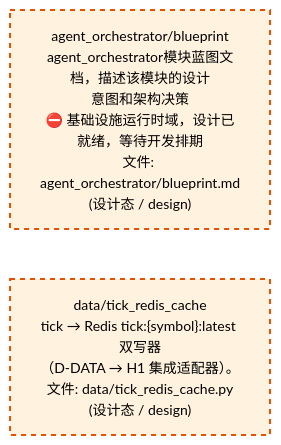
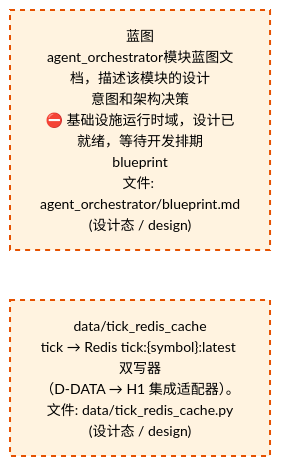
One commit to xuanFelixVan/ZephyrAlpha changed the third of 4 diagrams in docs/02_enterprise_architecture/02_domain_architecture_docs/06_d_infra_runtime.md. Above: the diagram before and after it, drawn with Mermaid. The commit also changed other lines of this file and 54 other files, not shown here.

````diff
--- a/docs/02_enterprise_architecture/02_domain_architecture_docs/06_d_infra_runtime.md
+++ b/docs/02_enterprise_architecture/02_domain_architecture_docs/06_d_infra_runtime.md
@@ -1096,12 +1096,12 @@
 ```mermaid
 %%{init: {'theme': 'base', 'themeVariables': {'primaryColor': '#eaeaea', 'primaryTextColor': '#333333', 'primaryBorderColor': '#666666', 'lineColor': '#666666', 'secondaryColor': '#eaeaea', 'tertiaryColor': '#eaeaea', 'fontSize': '14px'}}}%%
 flowchart TD
-    docs_03_modules_cross_layer_agent_orchestrator_blueprint_md["agent_orchestrator/blueprint<br/>agent_orchestrator模块蓝图文档，描述该模块的设计<br/>意图和架构决策<br/>⛔ 基础设施运行时域，设计已就绪，等待开发排期<br/>文件: agent_orchestrator/blueprint.md<br/>(设计态 / design)"]
+    docs_03_modules_cross_layer_agent_orchestrator_blueprint_md["蓝图<br/>agent_orchestrator模块蓝图文档，描述该模块的设计<br/>意图和架构决策<br/>⛔ 基础设施运行时域，设计已就绪，等待开发排期<br/>blueprint<br/>文件: agent_orchestrator/blueprint.md<br/>(设计态 / design)"]
     src_zephyr_data_tick_redis_cache_py["data/tick_redis_cache<br/>tick → Redis tick:{symbol}:latest 双写器<br/>（D-DATA → H1 集成适配器）。<br/>文件: data/tick_redis_cache.py<br/>(设计态 / design)"]
     docs_03_modules_cross_layer_agent_orchestrator_blueprint_md ~~~ src_zephyr_data_tick_redis_cache_py
     classDef production fill:#e1f5fe,stroke:#01579b,stroke-width:2px,color:#000
     classDef design fill:#fff3e0,stroke:#e65100,stroke-width:2px,color:#000,stroke-dasharray: 5 5
     classDef external_prod fill:#e8f4fd,stroke:#0277bd,stroke-width:1px,color:#000
     classDef external_design fill:#fff8e7,stroke:#ef6c00,stroke-width:1px,color:#000,stroke-dasharray: 5 5
     class docs_03_modules_cross_layer_agent_orchestrator_blueprint_md,src_zephyr_data_tick_redis_cache_py design
 ```
````
